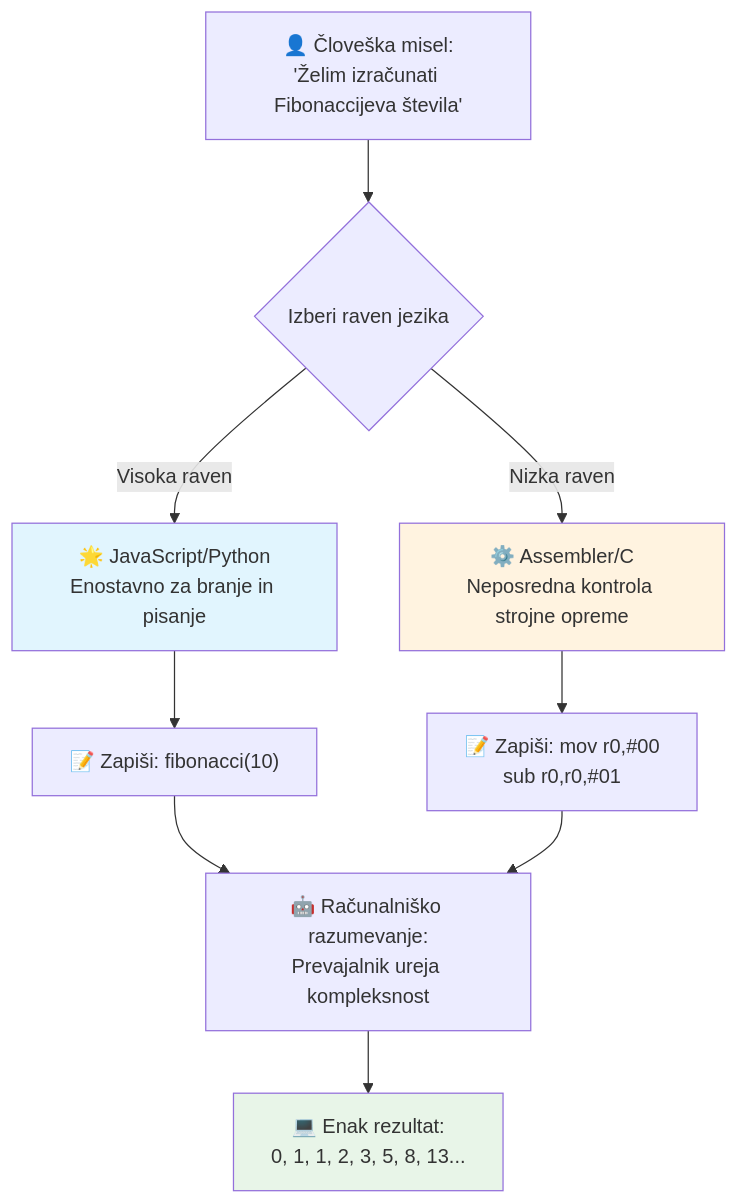
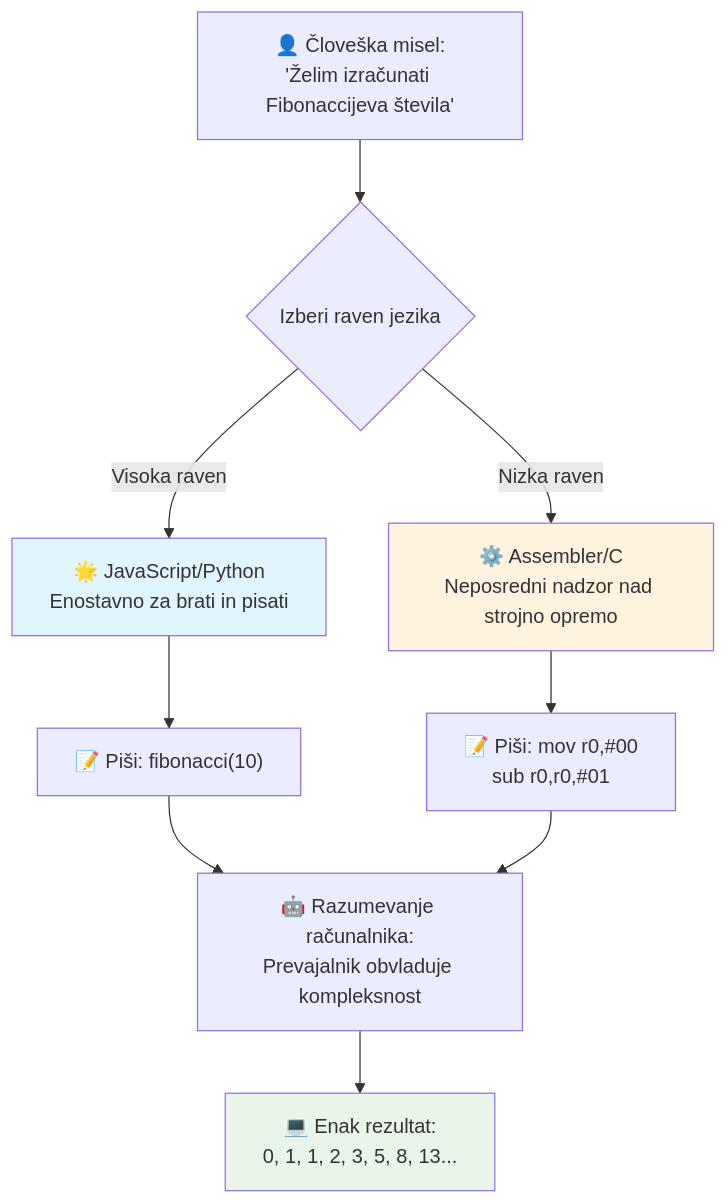
Before and after one commit to microsoft/Web-Dev-For-Beginners: the third of 7 diagrams in translations/sl/1-getting-started-lessons/1-intro-to-programming-languages/README.md, drawn with Mermaid. The commit also changed other lines of this file and 8 other files, not shown here.

````diff
--- a/translations/sl/1-getting-started-lessons/1-intro-to-programming-languages/README.md
+++ b/translations/sl/1-getting-started-lessons/1-intro-to-programming-languages/README.md
@@ -148,19 +148,19 @@
 ```mermaid
 flowchart TB
     A["👤 Človeška misel:<br/>'Želim izračunati Fibonaccijeva števila'"] --> B{Izberi raven jezika}
     
-    B -->|Visoka raven| C["🌟 JavaScript/Python<br/>Enostavno za branje in pisanje"]
-    B -->|Nizka raven| D["⚙️ Assembler/C<br/>Neposredna kontrola strojne opreme"]
+    B -->|Visoka raven| C["🌟 JavaScript/Python<br/>Enostavno za brati in pisati"]
+    B -->|Nizka raven| D["⚙️ Assembler/C<br/>Neposredni nadzor nad strojno opremo"]
     
-    C --> E["📝 Zapiši: fibonacci(10)"]
-    D --> F["📝 Zapiši: mov r0,#00<br/>sub r0,r0,#01"]
+    C --> E["📝 Piši: fibonacci(10)"]
+    D --> F["📝 Piši: mov r0,#00<br/>sub r0,r0,#01"]
     
-    E --> G["🤖 Računalniško razumevanje:<br/>Prevajalnik ureja kompleksnost"]
+    E --> G["🤖 Razumevanje računalnika:<br/>Prevajalnik obvladuje kompleksnost"]
     F --> G
     
     G --> H["💻 Enak rezultat:<br/>0, 1, 1, 2, 3, 5, 8, 13..."]
     
     style C fill:#e1f5fe
     style D fill:#fff3e0
     style H fill:#e8f5e8
 ```
````
